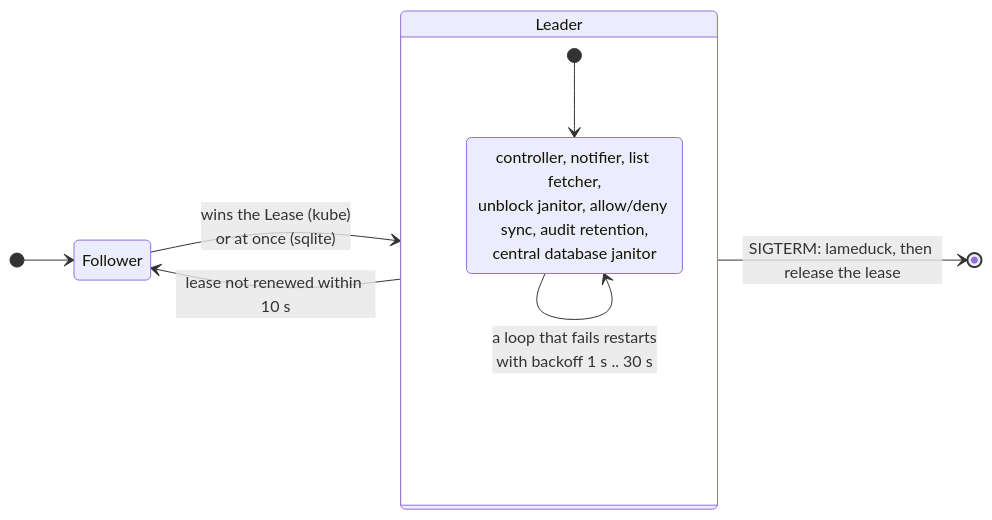
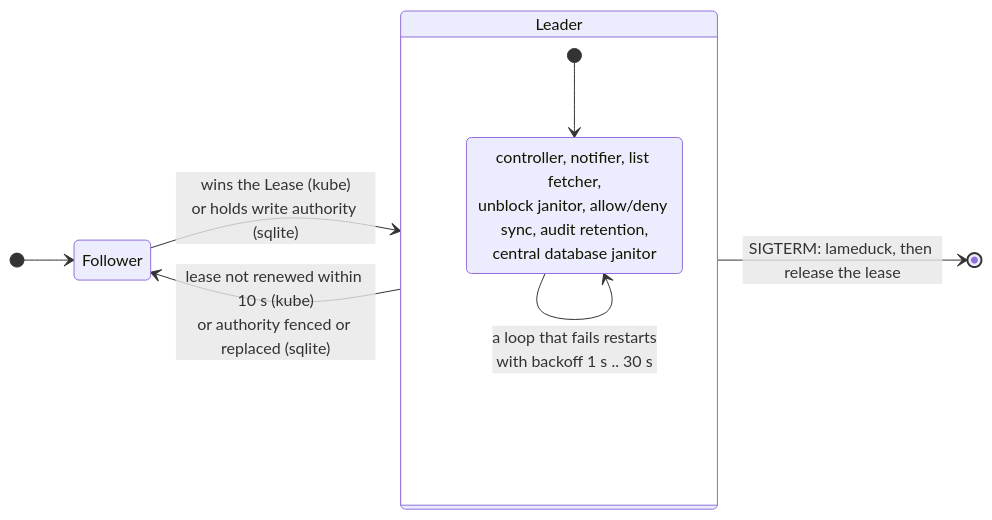
The eighth of 28 diagrams in docs/architecture/configuration-and-store.md (robertherbaugh/kudurru), drawn with Mermaid before and after one commit. The commit also changed other lines of this file and 1 other file, not shown here.

````diff
--- a/docs/architecture/configuration-and-store.md
+++ b/docs/architecture/configuration-and-store.md
@@ -631,13 +631,13 @@
 ```mermaid
 stateDiagram-v2
     direction LR
     [*] --> Follower
-    Follower --> Leader: wins the Lease (kube)<br/>or at once (sqlite)
-    Leader --> Follower: lease not renewed within 10 s
+    Follower --> Leader: wins the Lease (kube)<br/>or holds write authority (sqlite)
+    Leader --> Follower: lease not renewed within 10 s (kube)<br/>or authority fenced or replaced (sqlite)
     state Leader {
         [*] --> running
         running: controller, notifier, list fetcher,<br/>unblock janitor, allow/deny sync, audit retention,<br/>central database janitor
         running --> running: a loop that fails restarts<br/>with backoff 1 s .. 30 s
     }
     Leader --> [*]: SIGTERM: lameduck, then release the lease
 ```
````
